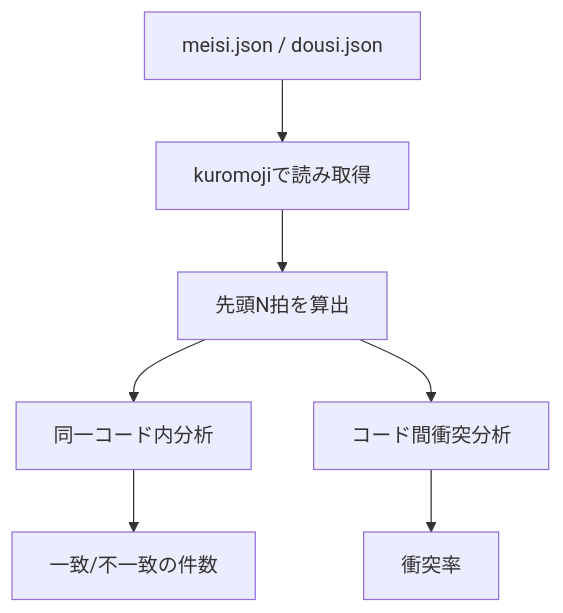
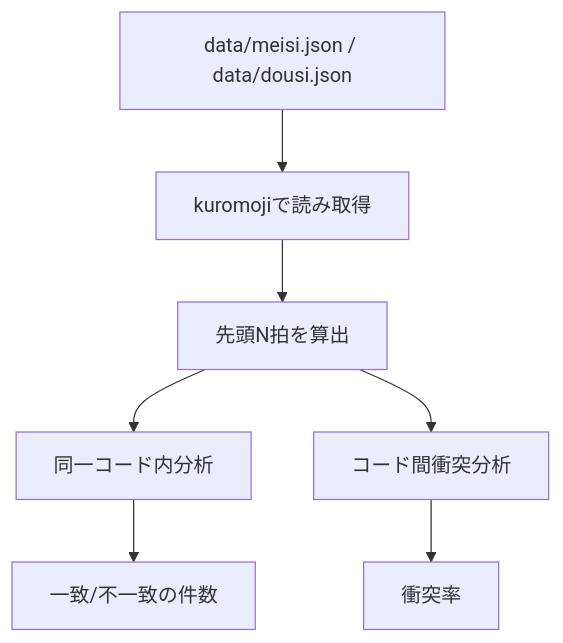
One commit to amanoese/yukichant changed the eighth of 11 diagrams in docs/dictionary-generation.md. Above: the diagram before and after it, drawn with Mermaid. The commit also changed other lines of this file and 9 other files, not shown here.

````diff
--- a/docs/dictionary-generation.md
+++ b/docs/dictionary-generation.md
@@ -352,9 +352,9 @@
 ```mermaid
 flowchart TD
-    A[meisi.json / dousi.json] --> B[kuromojiで読み取得]
+    A[data/meisi.json / data/dousi.json] --> B[kuromojiで読み取得]
     B --> C[先頭N拍を算出]
     C --> D[同一コード内分析]
     C --> E[コード間衝突分析]
     D --> F[一致/不一致の件数]
     E --> G[衝突率]
 ```
````
